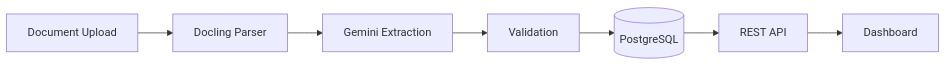
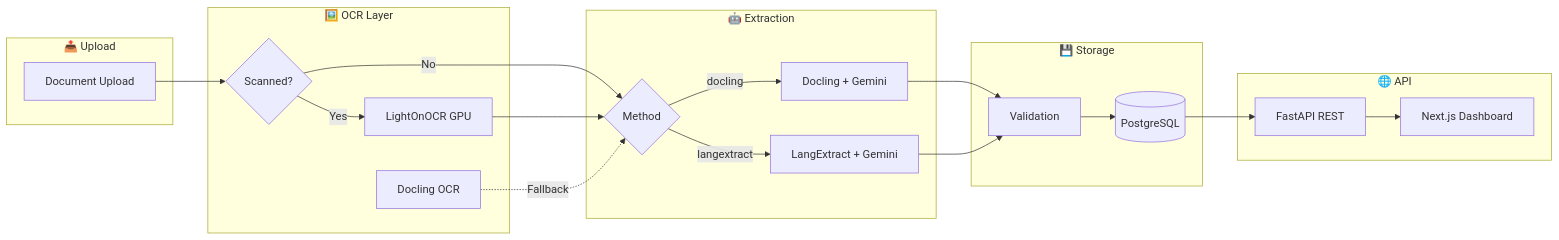
The diagram in README.md (gregorydickson/loan), drawn with Mermaid before and after one commit. The commit also changed other lines of this file, not shown here.

````diff
--- a/README.md
+++ b/README.md
@@ -17,9 +72,41 @@
 ```mermaid
 flowchart LR
-    Upload[Document Upload] --> Docling[Docling Parser]
-    Docling --> Gemini[Gemini Extraction]
-    Gemini --> Validate[Validation]
-    Validate --> DB[(PostgreSQL)]
-    DB --> API[REST API]
-    API --> UI[Dashboard]
+    subgraph Upload["📤 Upload"]
+        A[Document Upload]
+    end
+
+    subgraph OCR["🖼️ OCR Layer"]
+        B{Scanned?}
+        C[LightOnOCR GPU]
+        D[Docling OCR]
+    end
+
+    subgraph Extract["🤖 Extraction"]
+        E{Method}
+        F[Docling + Gemini]
+        G[LangExtract + Gemini]
+    end
+
+    subgraph Store["💾 Storage"]
+        H[Validation]
+        I[(PostgreSQL)]
+    end
+
+    subgraph Serve["🌐 API"]
+        J[FastAPI REST]
+        K[Next.js Dashboard]
+    end
+
+    A --> B
+    B -->|Yes| C
+    B -->|No| E
+    C --> E
+    D -.->|Fallback| E
+    E -->|docling| F
+    E -->|langextract| G
+    F --> H
+    G --> H
+    H --> I
+    I --> J
+    J --> K
 ```
````
